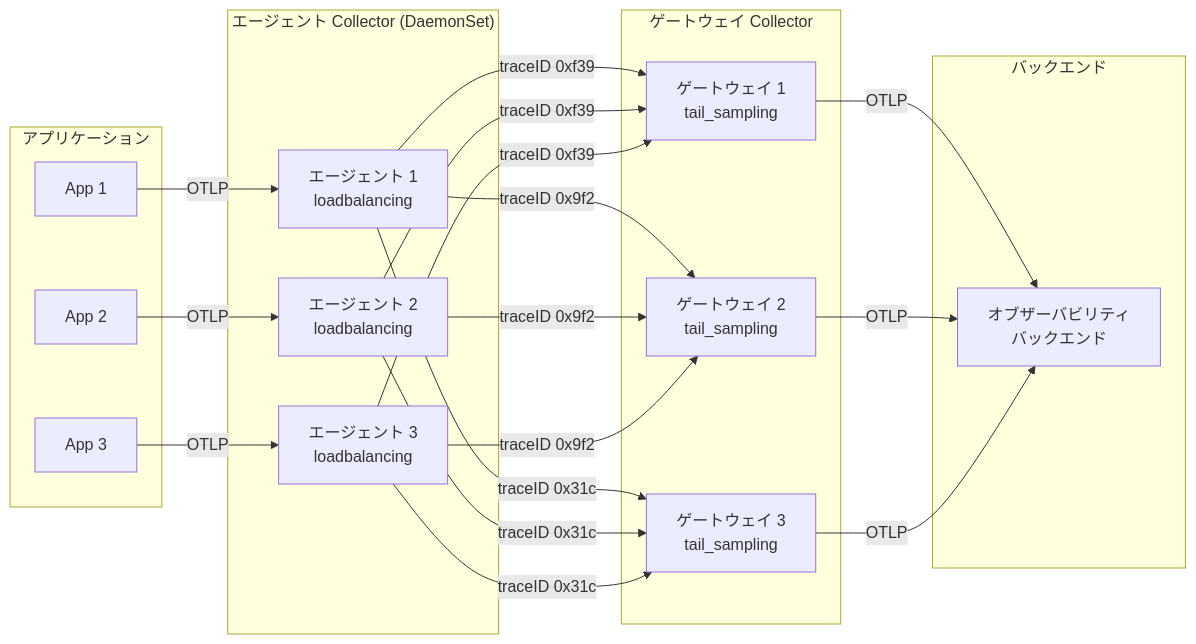
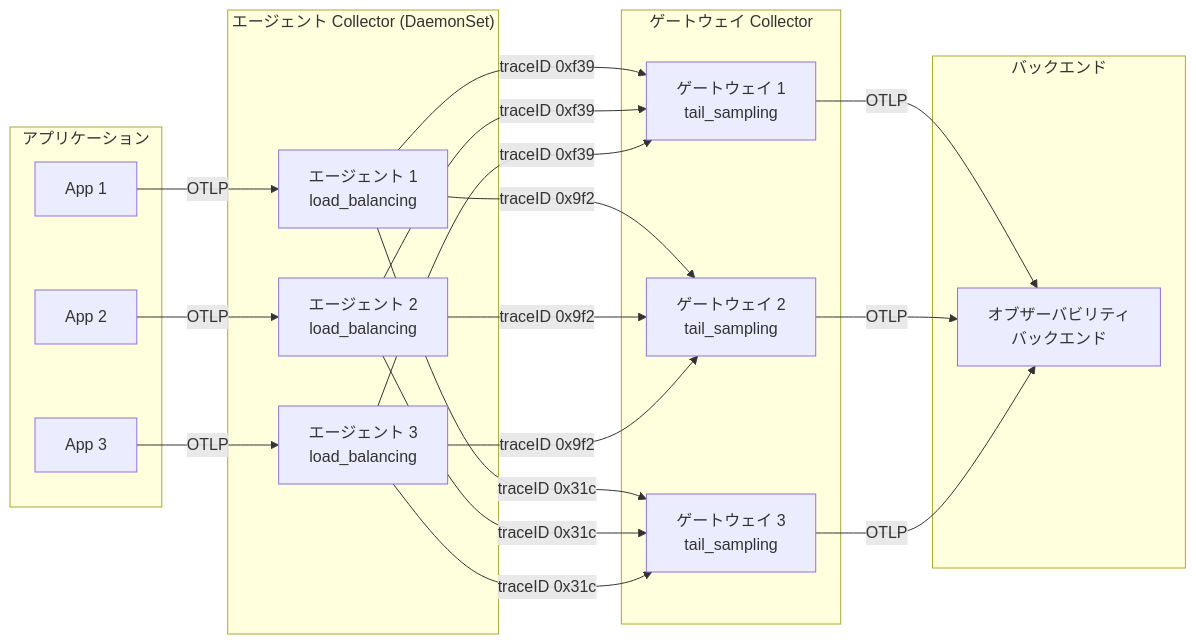
Before and after one commit to open-telemetry/opentelemetry.io: the second of 2 diagrams in content/ja/docs/collector/deploy/other/agent-to-gateway/_index.md, drawn with Mermaid. The commit also changed other lines of this file, not shown here.

````diff
--- a/content/ja/docs/collector/deploy/other/agent-to-gateway/_index.md
+++ b/content/ja/docs/collector/deploy/other/agent-to-gateway/_index.md
@@ -303,44 +302,44 @@
 ```mermaid
 graph LR
     subgraph アプリケーション
         A1[App 1]
         A2[App 2]
         A3[App 3]
     end
 
     subgraph "エージェント Collector (DaemonSet)"
-        AC1[エージェント 1<br/>loadbalancing]
-        AC2[エージェント 2<br/>loadbalancing]
-        AC3[エージェント 3<br/>loadbalancing]
+        AC1[エージェント 1<br/>load_balancing]
+        AC2[エージェント 2<br/>load_balancing]
+        AC3[エージェント 3<br/>load_balancing]
     end
 
     subgraph "ゲートウェイ Collector"
         GC1[ゲートウェイ 1<br/>tail_sampling]
         GC2[ゲートウェイ 2<br/>tail_sampling]
         GC3[ゲートウェイ 3<br/>tail_sampling]
     end
 
     subgraph バックエンド
         B1[オブザーバビリティ<br/>バックエンド]
     end
 
     A1 -->|OTLP| AC1
     A2 -->|OTLP| AC2
     A3 -->|OTLP| AC3
 
     AC1 -->|traceID 0xf39| GC1
     AC1 -->|traceID 0x9f2| GC2
     AC1 -->|traceID 0x31c| GC3
 
     AC2 -->|traceID 0xf39| GC1
     AC2 -->|traceID 0x9f2| GC2
     AC2 -->|traceID 0x31c| GC3
 
     AC3 -->|traceID 0xf39| GC1
     AC3 -->|traceID 0x9f2| GC2
     AC3 -->|traceID 0x31c| GC3
 
     GC1 -->|OTLP| B1
     GC2 -->|OTLP| B1
     GC3 -->|OTLP| B1
 ```
````
